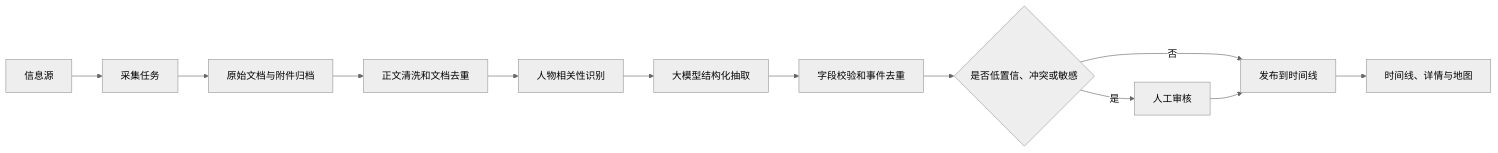
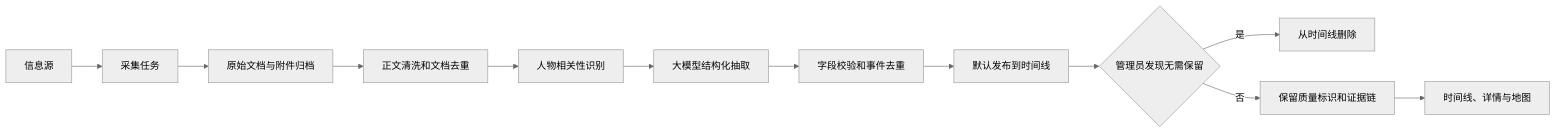
One commit to yuan-xin-9997/PublicFiguresTrackingSystem changed the diagram in 软件需求规格说明书.md. Above: the diagram before and after it, drawn with Mermaid (neutral theme). The commit also changed other lines of this file and 20 other files, not shown here.

Commit message:
Remove event review flow

````diff
--- a/软件需求规格说明书.md
+++ b/软件需求规格说明书.md
@@ -140,14 +139,14 @@
 ```mermaid
 flowchart LR
     A["信息源"] --> B["采集任务"]
     B --> C["原始文档与附件归档"]
     C --> D["正文清洗和文档去重"]
     D --> E["人物相关性识别"]
     E --> F["大模型结构化抽取"]
     F --> G["字段校验和事件去重"]
-    G --> H{"是否低置信、冲突或敏感"}
-    H -- 是 --> I["人工审核"]
-    H -- 否 --> J["发布到时间线"]
-    I --> J
-    J --> K["时间线、详情与地图"]
+    G --> H["默认发布到时间线"]
+    H --> I{"管理员发现无需保留"}
+    I -- 是 --> J["从时间线删除"]
+    I -- 否 --> K["保留质量标识和证据链"]
+    K --> L["时间线、详情与地图"]
 ```
````
